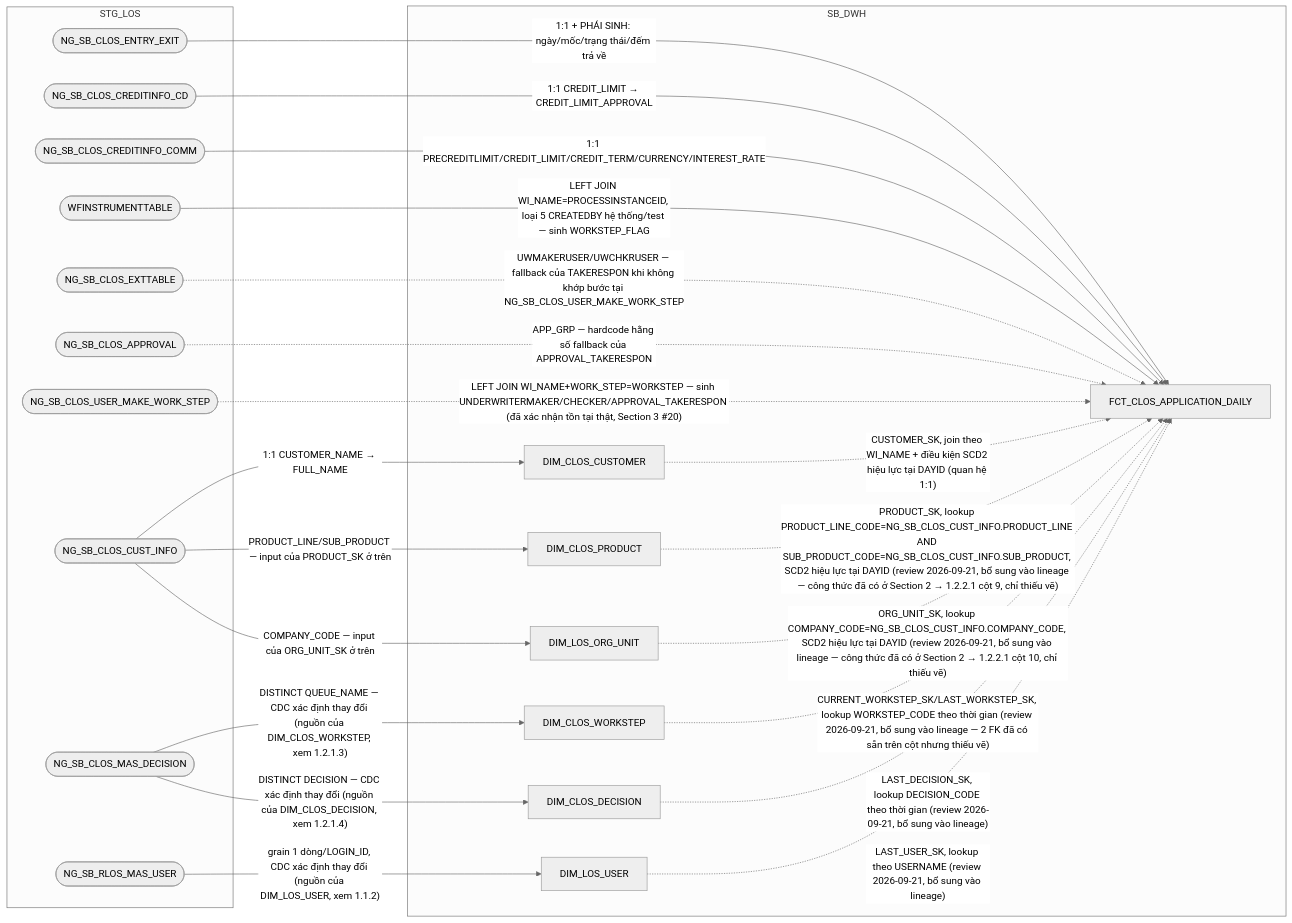
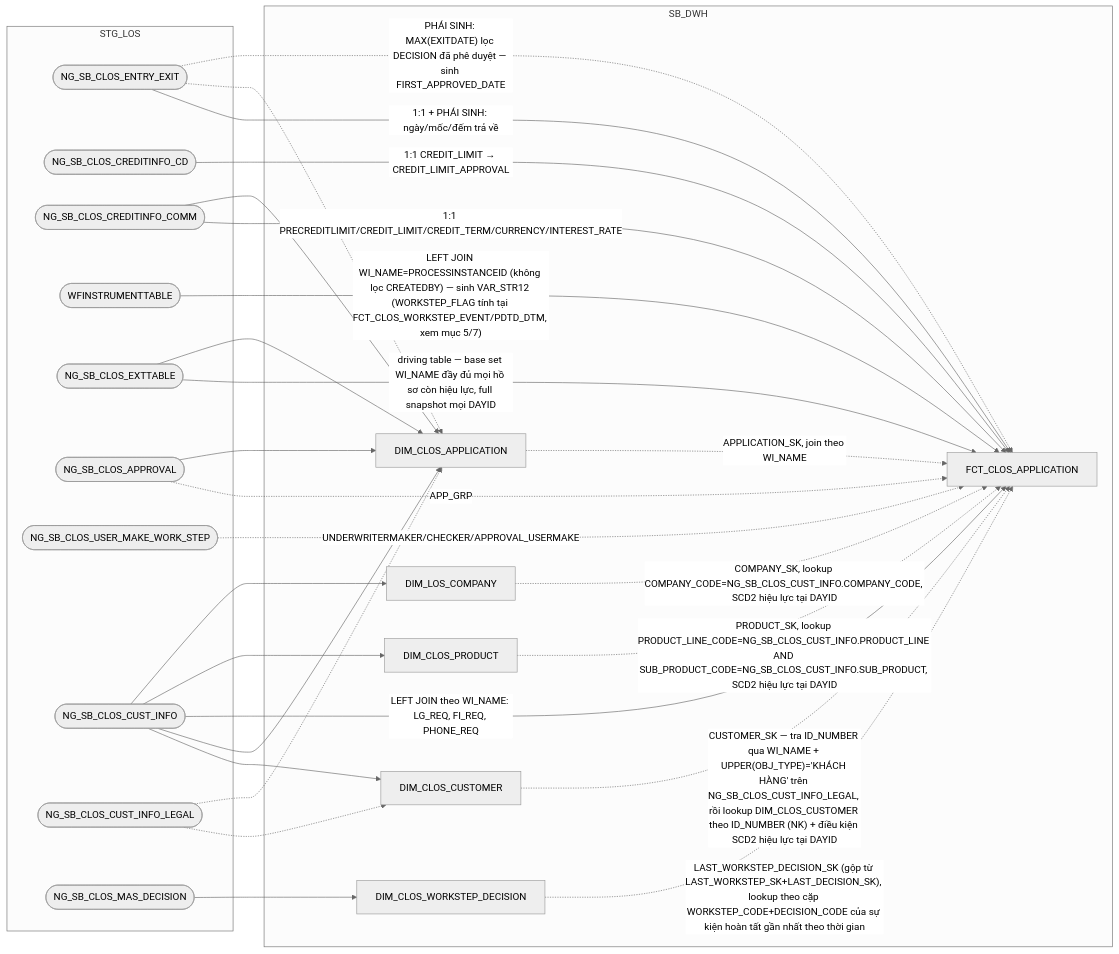
Before and after one commit to chien1198/sb-mapping-gen: the first of 14 diagrams in hld/hld_review/HLD_FCT_SB_DWH_review.md, drawn with Mermaid (neutral theme). The commit also changed other lines of this file and 183 other files, not shown here.

````diff
--- a/hld/hld_review/HLD_FCT_SB_DWH_review.md
+++ b/hld/hld_review/HLD_FCT_SB_DWH_review.md
@@ -23,43 +26,48 @@
 ```mermaid
 flowchart LR
     subgraph STG_LOS
         A(["NG_SB_CLOS_ENTRY_EXIT"])
         B(["NG_SB_CLOS_CREDITINFO_CD"])
         C(["NG_SB_CLOS_CREDITINFO_COMM"])
         D(["WFINSTRUMENTTABLE"])
         F(["NG_SB_CLOS_EXTTABLE"])
         G(["NG_SB_CLOS_APPROVAL"])
         H(["NG_SB_CLOS_USER_MAKE_WORK_STEP"])
         M(["NG_SB_CLOS_CUST_INFO"])
+        ML(["NG_SB_CLOS_CUST_INFO_LEGAL"])
         MW(["NG_SB_CLOS_MAS_DECISION"])
-        U(["NG_SB_RLOS_MAS_USER"])
     end
     subgraph SB_DWH
         K["DIM_CLOS_CUSTOMER"]
-        WS["DIM_CLOS_WORKSTEP"]
-        DC["DIM_CLOS_DECISION"]
-        US["DIM_LOS_USER"]
+        WD["DIM_CLOS_WORKSTEP_DECISION"]
         PR["DIM_CLOS_PRODUCT"]
-        OU["DIM_LOS_ORG_UNIT"]
-        E["FCT_CLOS_APPLICATION_DAILY"]
+        OU["DIM_LOS_COMPANY"]
+        AP["DIM_CLOS_APPLICATION"]
+        E["FCT_CLOS_APPLICATION"]
     end
-    A -->|1:1 + PHÁI SINH: ngày/mốc/trạng thái/đếm trả về| E
+    A -->|1:1 + PHÁI SINH: ngày/mốc/đếm trả về| E
     B -->|1:1 CREDIT_LIMIT → CREDIT_LIMIT_APPROVAL| E
     C -->|1:1 PRECREDITLIMIT/CREDIT_LIMIT/CREDIT_TERM/CURRENCY/INTEREST_RATE| E
-    D -->|"LEFT JOIN WI_NAME=PROCESSINSTANCEID, loại 5 CREATEDBY hệ thống/test — sinh WORKSTEP_FLAG"| E
-    F -.->|"UWMAKERUSER/UWCHKRUSER — fallback của TAKERESPON khi không khớp bước tại NG_SB_CLOS_USER_MAKE_WORK_STEP"| E
-    G -.->|"APP_GRP — hardcode hằng số fallback của APPROVAL_TAKERESPON"| E
-    H -.->|"LEFT JOIN WI_NAME+WORK_STEP=WORKSTEP — sinh UNDERWRITERMAKER/CHECKER/APPROVAL_TAKERESPON (đã xác nhận tồn tại thật, Section 3 #20)"| E
-    K -.->|"CUSTOMER_SK, join theo WI_NAME + điều kiện SCD2 hiệu lực tại DAYID (quan hệ 1:1)"| E
-    M -->|1:1 CUSTOMER_NAME → FULL_NAME| K
-    WS -.->|"CURRENT_WORKSTEP_SK/LAST_WORKSTEP_SK, lookup WORKSTEP_CODE theo thời gian (review 2026-09-21, bổ sung vào lineage — 2 FK đã có sẵn trên cột nhưng thiếu vẽ)"| E
-    DC -.->|"LAST_DECISION_SK, lookup DECISION_CODE theo thời gian (review 2026-09-21, bổ sung vào lineage)"| E
-    US -.->|"LAST_USER_SK, lookup theo USERNAME (review 2026-09-21, bổ sung vào lineage)"| E
-    PR -.->|"PRODUCT_SK, lookup PRODUCT_LINE_CODE=NG_SB_CLOS_CUST_INFO.PRODUCT_LINE AND SUB_PRODUCT_CODE=NG_SB_CLOS_CUST_INFO.SUB_PRODUCT, SCD2 hiệu lực tại DAYID (review 2026-09-21, bổ sung vào lineage — công thức đã có ở Section 2 → 1.2.2.1 cột 9, chỉ thiếu vẽ)"| E
-    OU -.->|"ORG_UNIT_SK, lookup COMPANY_CODE=NG_SB_CLOS_CUST_INFO.COMPANY_CODE, SCD2 hiệu lực tại DAYID (review 2026-09-21, bổ sung vào lineage — công thức đã có ở Section 2 → 1.2.2.1 cột 10, chỉ thiếu vẽ)"| E
-    M -->|"PRODUCT_LINE/SUB_PRODUCT — input của PRODUCT_SK ở trên"| PR
-    M -->|"COMPANY_CODE — input của ORG_UNIT_SK ở trên"| OU
-    MW -->|"DISTINCT QUEUE_NAME — CDC xác định thay đổi (nguồn của DIM_CLOS_WORKSTEP, xem 1.2.1.3)"| WS
-    MW -->|"DISTINCT DECISION — CDC xác định thay đổi (nguồn của DIM_CLOS_DECISION, xem 1.2.1.4)"| DC
-    U -->|"grain 1 dòng/LOGIN_ID, CDC xác định thay đổi (nguồn của DIM_LOS_USER, xem 1.1.2)"| US
+    D -->|"LEFT JOIN WI_NAME=PROCESSINSTANCEID (không lọc CREATEDBY) — sinh VAR_STR12 (WORKSTEP_FLAG tính tại FCT_CLOS_WORKSTEP_EVENT/PDTD_DTM, xem mục 5/7)"| E
+    F -->|"driving table — base set WI_NAME đầy đủ mọi hồ sơ còn hiệu lực, full snapshot mọi DAYID"| E
+    G -.->|"APP_GRP"| E
+    H -.->|"UNDERWRITERMAKER/CHECKER/APPROVAL_USERMAKE"| E
+    K -.->|"CUSTOMER_SK — tra ID_NUMBER qua WI_NAME + UPPER(OBJ_TYPE)='KHÁCH HÀNG' trên NG_SB_CLOS_CUST_INFO_LEGAL, rồi lookup DIM_CLOS_CUSTOMER theo ID_NUMBER (NK) + điều kiện SCD2 hiệu lực tại DAYID"| E
+    M --> K
+    ML -.-> K
+    MW --> WD
+    WD -.->|"LAST_WORKSTEP_DECISION_SK (gộp từ LAST_WORKSTEP_SK+LAST_DECISION_SK), lookup theo cặp WORKSTEP_CODE+DECISION_CODE của sự kiện hoàn tất gần nhất theo thời gian"| E
+    PR -.->|"PRODUCT_SK, lookup PRODUCT_LINE_CODE=NG_SB_CLOS_CUST_INFO.PRODUCT_LINE AND SUB_PRODUCT_CODE=NG_SB_CLOS_CUST_INFO.SUB_PRODUCT, SCD2 hiệu lực tại DAYID"| E
+    OU -.->|"COMPANY_SK, lookup COMPANY_CODE=NG_SB_CLOS_CUST_INFO.COMPANY_CODE, SCD2 hiệu lực tại DAYID"| E
+    F --> AP
+    M --> AP
+    ML -.-> AP
+    G --> AP
+    A -.-> AP
+    C --> AP
+    AP -.->|"APPLICATION_SK, join theo WI_NAME"| E
+    A -.->|"PHÁI SINH: MAX(EXITDATE) lọc DECISION đã phê duyệt — sinh FIRST_APPROVED_DATE"| E
+    M -->|"LEFT JOIN theo WI_NAME: LG_REQ, FI_REQ, PHONE_REQ"| E
+    M --> PR
+    M --> OU
 ```
````
